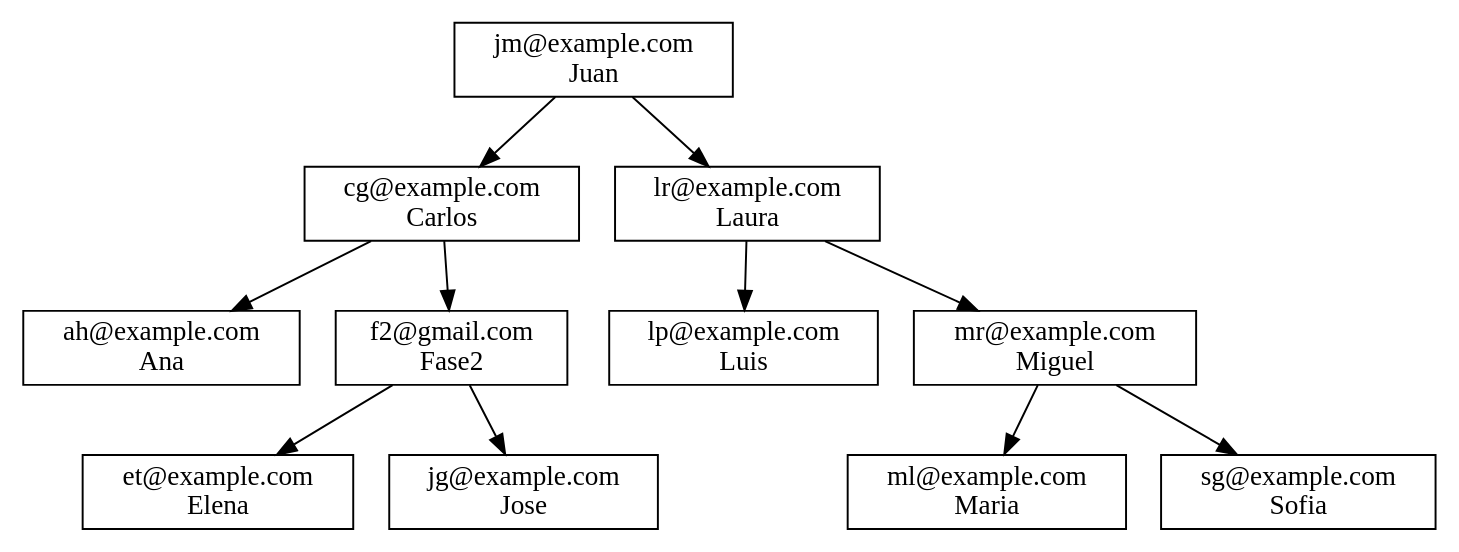
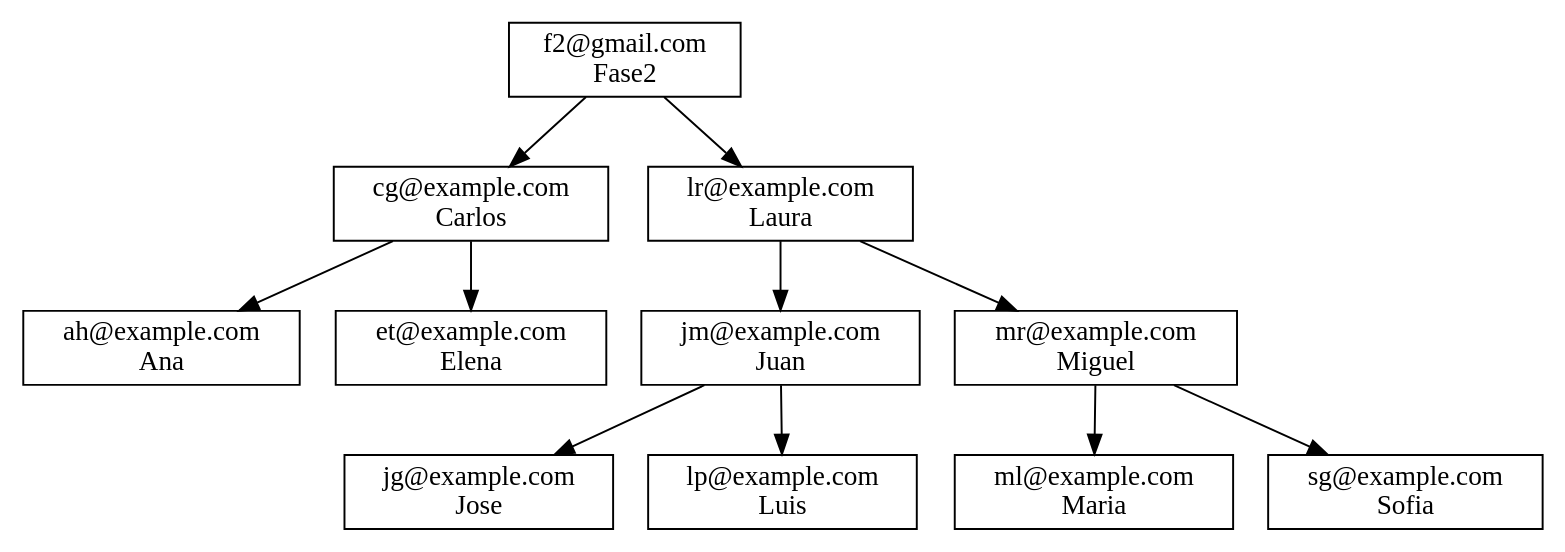
Before and after one commit to elsaminee/-EDD-Proyecto_202200198: the diagram in Fase 2/proyecto2/build/Desktop_Qt_6_7_2_MinGW_64_bit-Debug/reportes/avl.dot, drawn with Graphviz. The commit also changed 72 other files, not shown here.

```diff
--- a/Fase 2/proyecto2/build/Desktop_Qt_6_7_2_MinGW_64_bit-Debug/reportes/avl.dot
+++ b/Fase 2/proyecto2/build/Desktop_Qt_6_7_2_MinGW_64_bit-Debug/reportes/avl.dot
@@ -1,24 +1,24 @@
 digraph AVLTree {
 node [shape=box];
-"jm@example.com\nJuan" [label="jm@example.com\nJuan"];
-"jm@example.com\nJuan" -> "cg@example.com\nCarlos";
+"f2@gmail.com\nFase2" [label="f2@gmail.com\nFase2"];
+"f2@gmail.com\nFase2" -> "cg@example.com\nCarlos";
 "cg@example.com\nCarlos" [label="cg@example.com\nCarlos"];
 "cg@example.com\nCarlos" -> "ah@example.com\nAna";
 "ah@example.com\nAna" [label="ah@example.com\nAna"];
-"cg@example.com\nCarlos" -> "f2@gmail.com\nFase2";
-"f2@gmail.com\nFase2" [label="f2@gmail.com\nFase2"];
-"f2@gmail.com\nFase2" -> "et@example.com\nElena";
+"cg@example.com\nCarlos" -> "et@example.com\nElena";
 "et@example.com\nElena" [label="et@example.com\nElena"];
-"f2@gmail.com\nFase2" -> "jg@example.com\nJose";
+"f2@gmail.com\nFase2" -> "lr@example.com\nLaura";
+"lr@example.com\nLaura" [label="lr@example.com\nLaura"];
+"lr@example.com\nLaura" -> "jm@example.com\nJuan";
+"jm@example.com\nJuan" [label="jm@example.com\nJuan"];
+"jm@example.com\nJuan" -> "jg@example.com\nJose";
 "jg@example.com\nJose" [label="jg@example.com\nJose"];
-"jm@example.com\nJuan" -> "lr@example.com\nLaura";
-"lr@example.com\nLaura" [label="lr@example.com\nLaura"];
-"lr@example.com\nLaura" -> "lp@example.com\nLuis";
+"jm@example.com\nJuan" -> "lp@example.com\nLuis";
 "lp@example.com\nLuis" [label="lp@example.com\nLuis"];
 "lr@example.com\nLaura" -> "mr@example.com\nMiguel";
 "mr@example.com\nMiguel" [label="mr@example.com\nMiguel"];
 "mr@example.com\nMiguel" -> "ml@example.com\nMaria";
 "ml@example.com\nMaria" [label="ml@example.com\nMaria"];
 "mr@example.com\nMiguel" -> "sg@example.com\nSofia";
 "sg@example.com\nSofia" [label="sg@example.com\nSofia"];
 }
```
